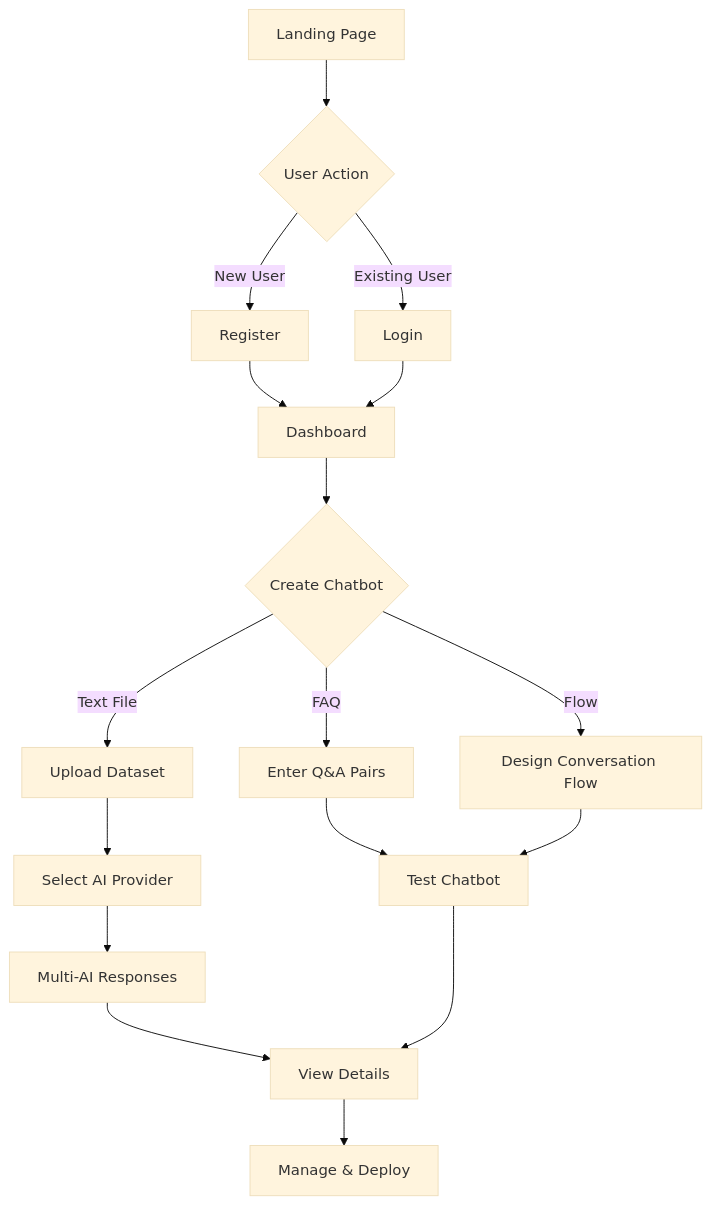
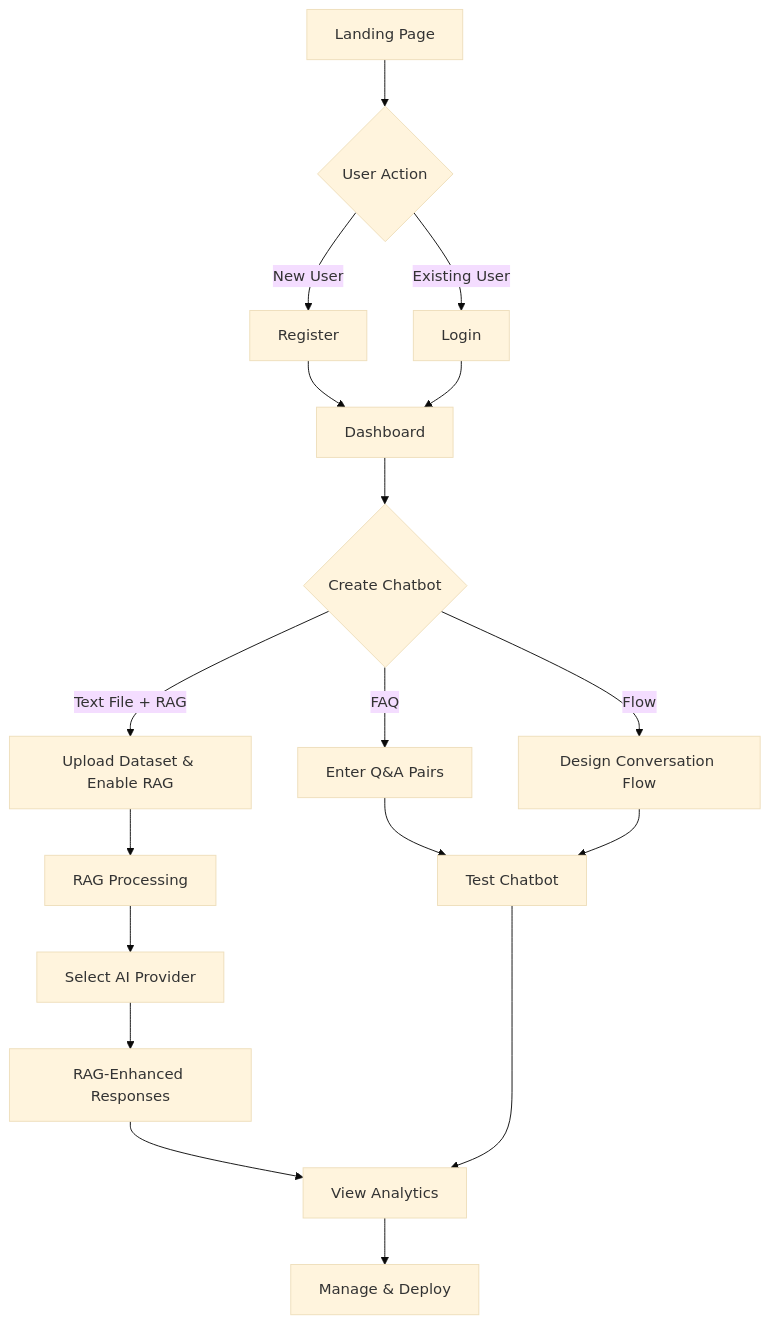
One commit to Jaisrinivasan23/AI-No-Code-ChatBot changed the diagram in README.md. Above: the diagram before and after it, drawn with Mermaid (base theme). The commit also changed other lines of this file and 30 other files, not shown here.

````diff
--- a/README.md
+++ b/README.md
@@ -148,19 +329,20 @@
 ```mermaid
 graph TD
     A[Landing Page] --> B{User Action}
     B -->|New User| C[Register]
     B -->|Existing User| D[Login]
     C --> E[Dashboard]
     D --> E
     E --> F{Create Chatbot}
-    F -->|Text File| G[Upload Dataset]
+    F -->|Text File + RAG| G[Upload Dataset & Enable RAG]
     F -->|FAQ| H[Enter Q&A Pairs]
     F -->|Flow| I[Design Conversation Flow]
-    G --> J[Select AI Provider]
-    H --> K[Test Chatbot]
-    I --> K
-    J --> L[Multi-AI Responses]
-    L --> M[View Details]
-    K --> M
-    M --> N[Manage & Deploy]
+    G --> J[RAG Processing]
+    J --> K[Select AI Provider]
+    H --> L[Test Chatbot]
+    I --> L
+    K --> M[RAG-Enhanced Responses]
+    M --> N[View Analytics]
+    L --> N
+    N --> O[Manage & Deploy]
 ```
````
